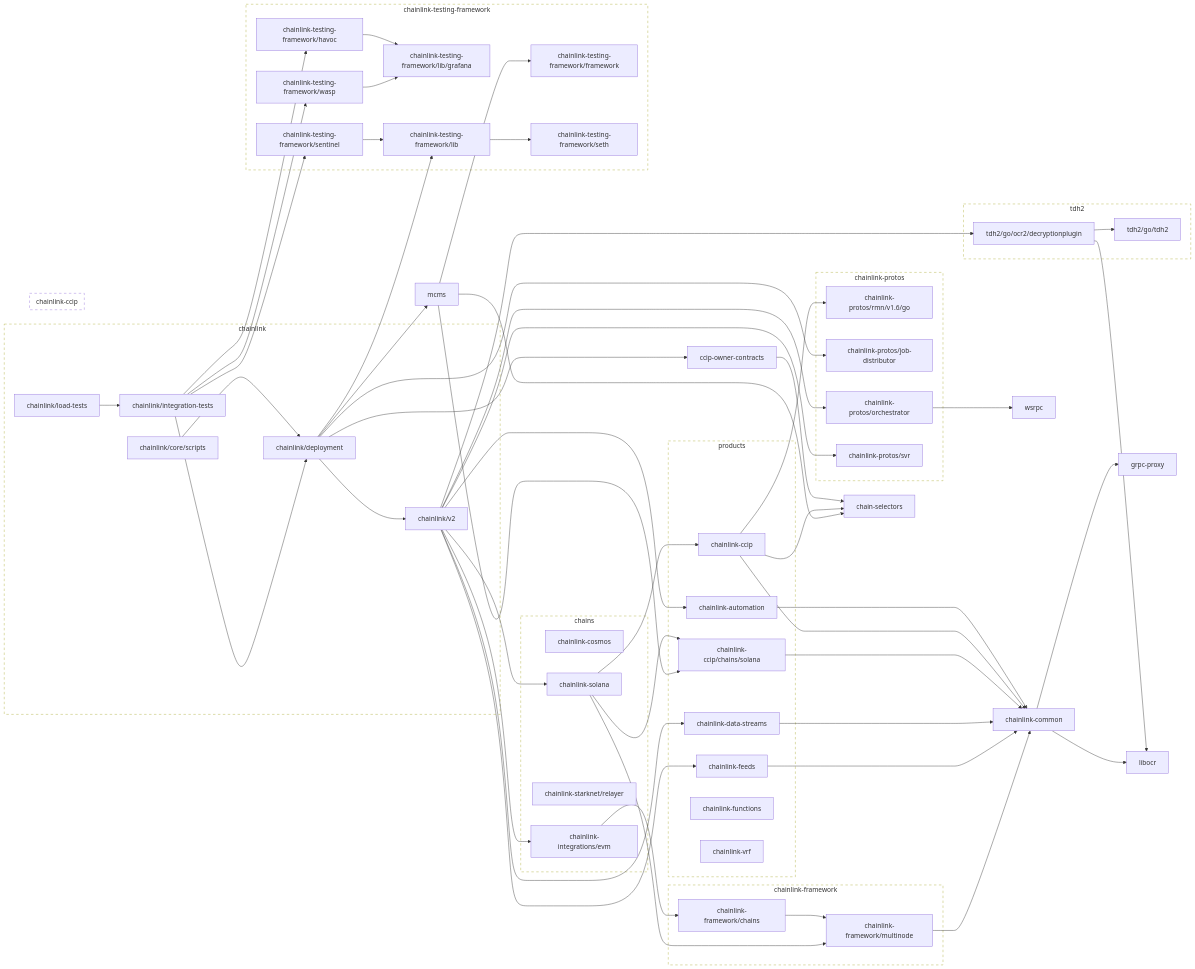
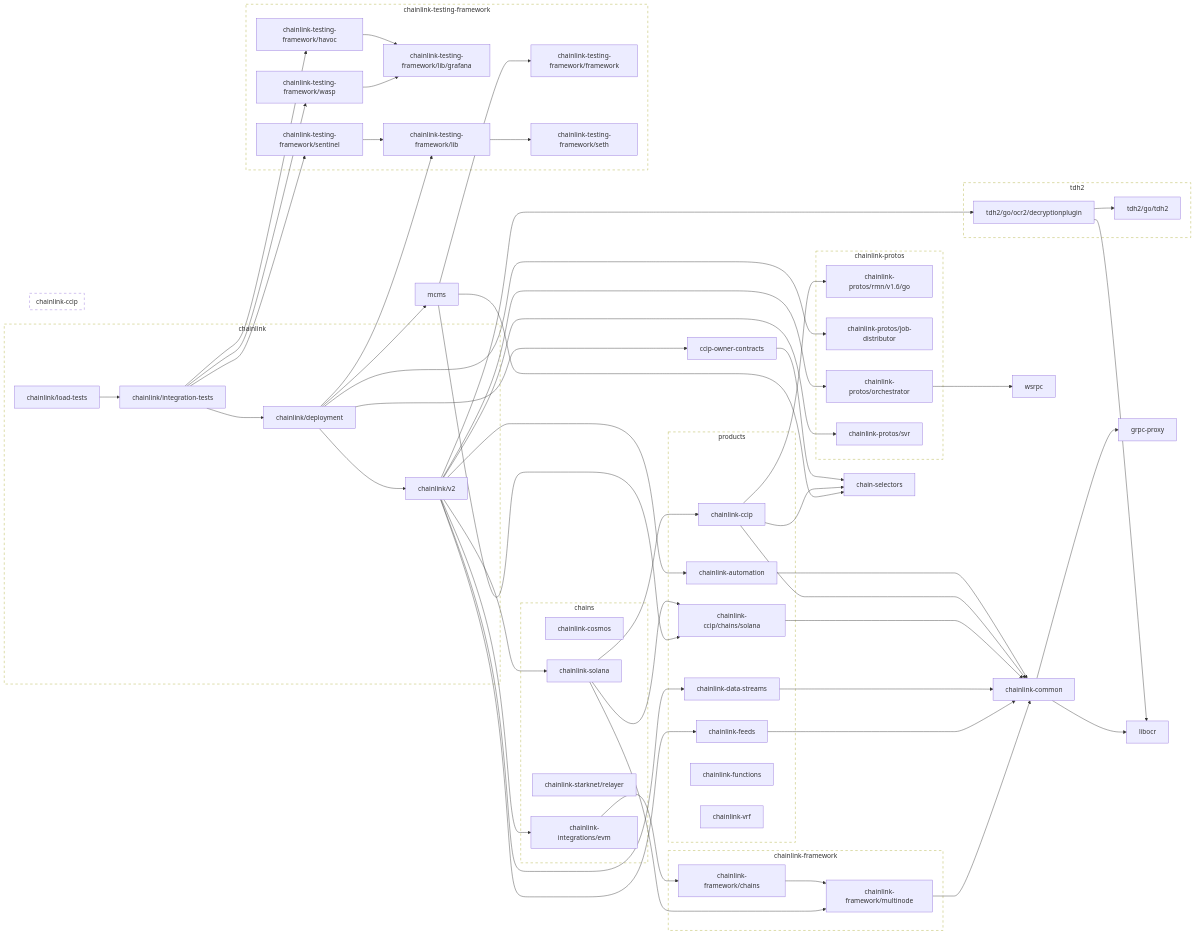
The second of 2 diagrams in go.md (smartcontractkit/chainlink), drawn with Mermaid before and after one commit. The commit also changed other lines of this file and 10 other files, not shown here.

```diff
--- a/go.md
+++ b/go.md
@@ -178,8 +233,6 @@
 	click chainlink-testing-framework/seth href "https://github.com/smartcontractkit/chainlink-testing-framework"
 	chainlink-testing-framework/wasp --> chainlink-testing-framework/lib/grafana
 	click chainlink-testing-framework/wasp href "https://github.com/smartcontractkit/chainlink-testing-framework"
-	chainlink/core/scripts --> chainlink/deployment
-	click chainlink/core/scripts href "https://github.com/smartcontractkit/chainlink"
 	chainlink/deployment --> ccip-owner-contracts
 	chainlink/deployment --> chainlink-protos/job-distributor
 	chainlink/deployment --> chainlink-testing-framework/lib
@@ -219,7 +272,6 @@
 	click wsrpc href "https://github.com/smartcontractkit/wsrpc"
 
 	subgraph chainlink-repo[chainlink]
-		 chainlink/core/scripts
 		 chainlink/deployment
 		 chainlink/integration-tests
 		 chainlink/load-tests
```
